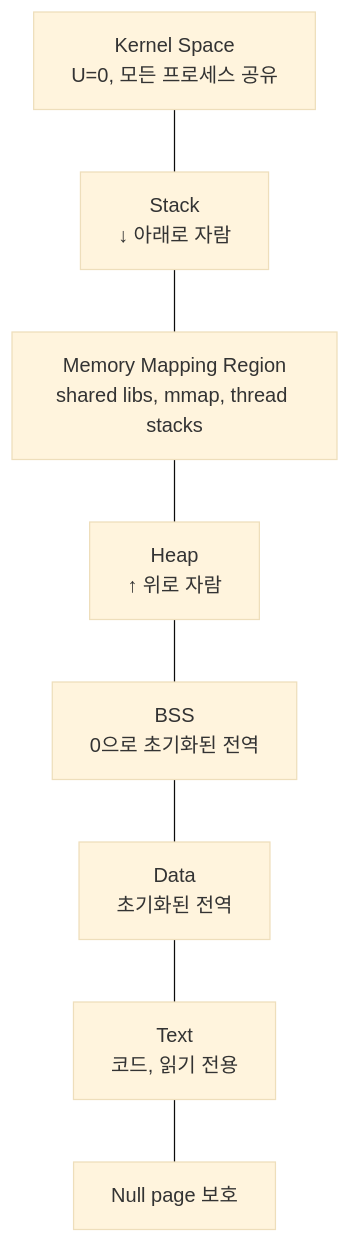
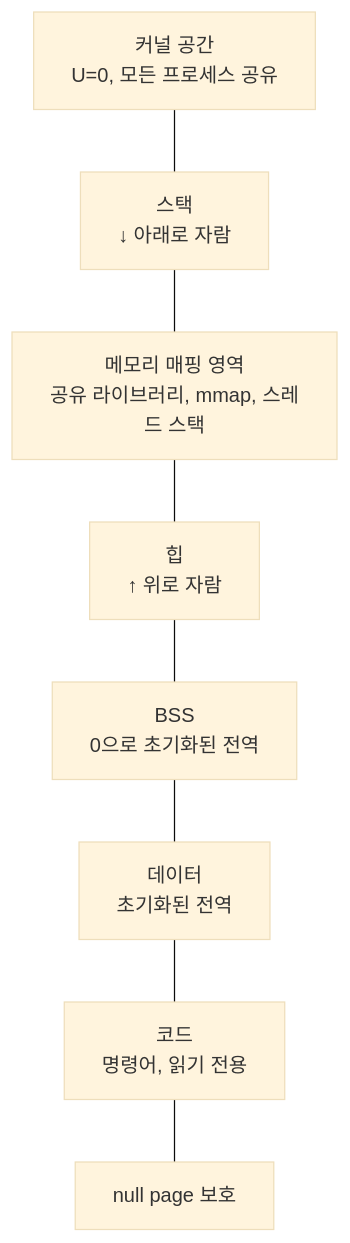
Before and after one commit to Jungle-12-303/wk07_6: the diagram in docs/blog/concepts/10-process-address-space.md, drawn with Mermaid (base theme). The commit also changed other lines of this file and 26 other files, not shown here.

First line of the commit message:
docs: 블로그 소제목·Mermaid·ASCII 박스 가독성 정비

````diff
--- a/docs/blog/concepts/10-process-address-space.md
+++ b/docs/blog/concepts/10-process-address-space.md
@@ -69,18 +69,18 @@
 ```mermaid
 flowchart TB
-    K[Kernel Space<br/>U=0, 모든 프로세스 공유]
-    S[Stack<br/>↓ 아래로 자람]
-    M[Memory Mapping Region<br/>shared libs, mmap, thread stacks]
-    H[Heap<br/>↑ 위로 자람]
+    K[커널 공간<br/>U=0, 모든 프로세스 공유]
+    S[스택<br/>↓ 아래로 자람]
+    M[메모리 매핑 영역<br/>공유 라이브러리, mmap, 스레드 스택]
+    H[힙<br/>↑ 위로 자람]
     B[BSS<br/>0으로 초기화된 전역]
-    D[Data<br/>초기화된 전역]
-    T[Text<br/>코드, 읽기 전용]
-    N[Null page 보호]
+    D[데이터<br/>초기화된 전역]
+    T[코드<br/>명령어, 읽기 전용]
+    N[null page 보호]
     K --- S
     S --- M
     M --- H
     H --- B
     B --- D
     D --- T
     T --- N
 ```
````
